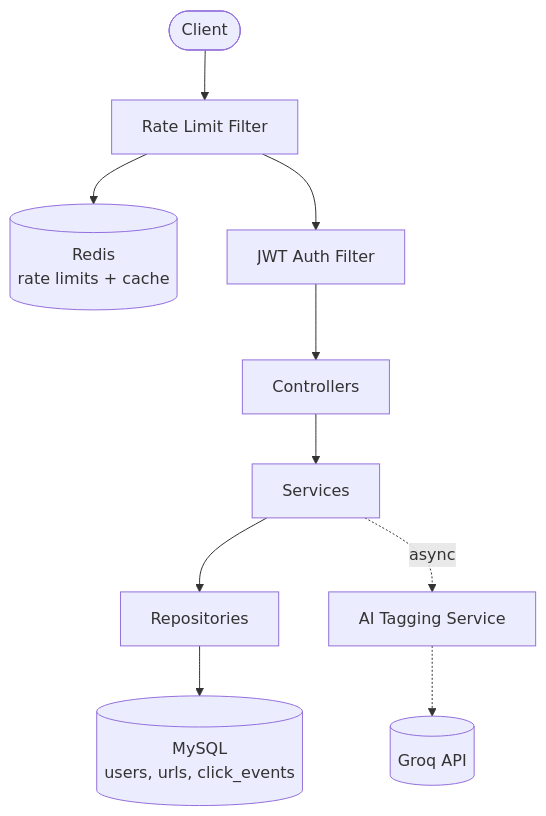
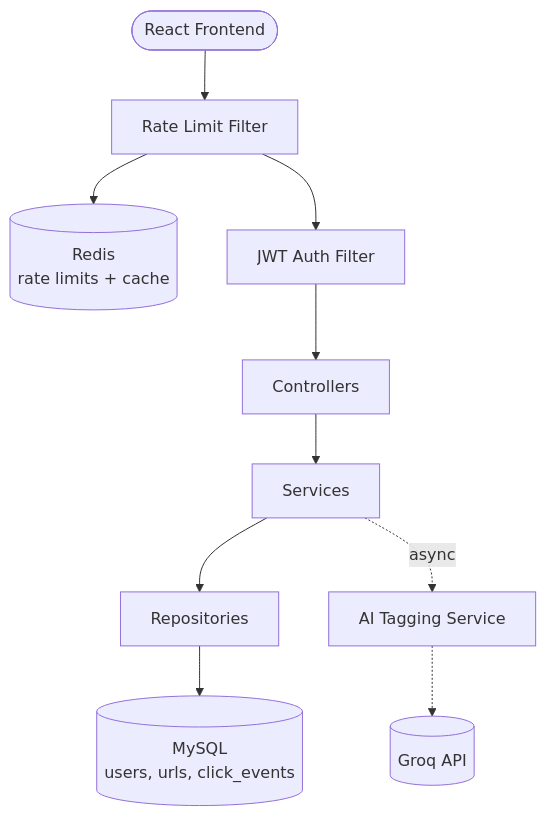
The diagram in README.md (SathvikSolomonS/url-shortener), drawn with Mermaid before and after one commit. The commit also changed other lines of this file, not shown here.

````diff
--- a/README.md
+++ b/README.md
@@ -58,12 +76,12 @@
 ```mermaid
 flowchart TD
-    Client([Client]) --> RL[Rate Limit Filter]
+    UI([React Frontend]) --> RL[Rate Limit Filter]
     RL --> Redis1[(Redis<br/>rate limits + cache)]
     RL --> JWT[JWT Auth Filter]
     JWT --> Ctrl[Controllers]
     Ctrl --> Svc[Services]
     Svc --> Repo[Repositories]
     Repo --> MySQL[(MySQL<br/>users, urls, click_events)]
     Svc -.async.-> AI[AI Tagging Service]
     AI -.-> Groq[(Groq API)]
 ```
````
